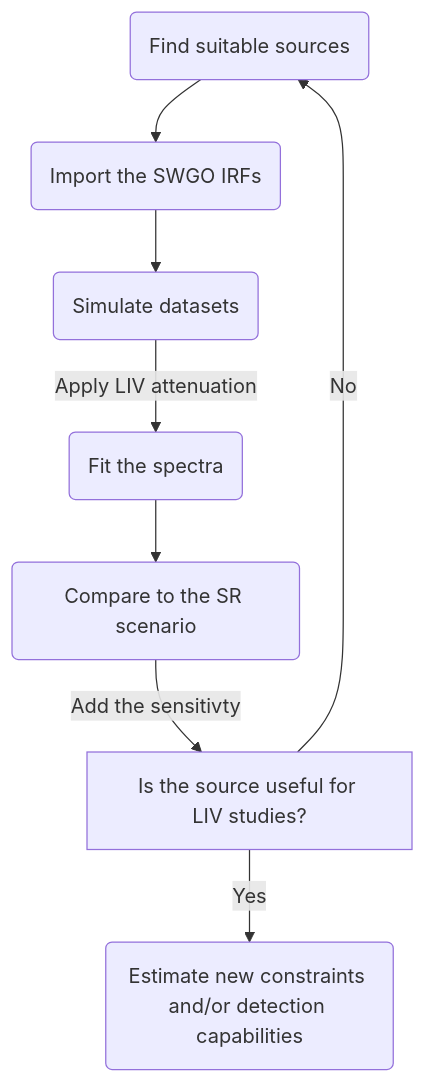
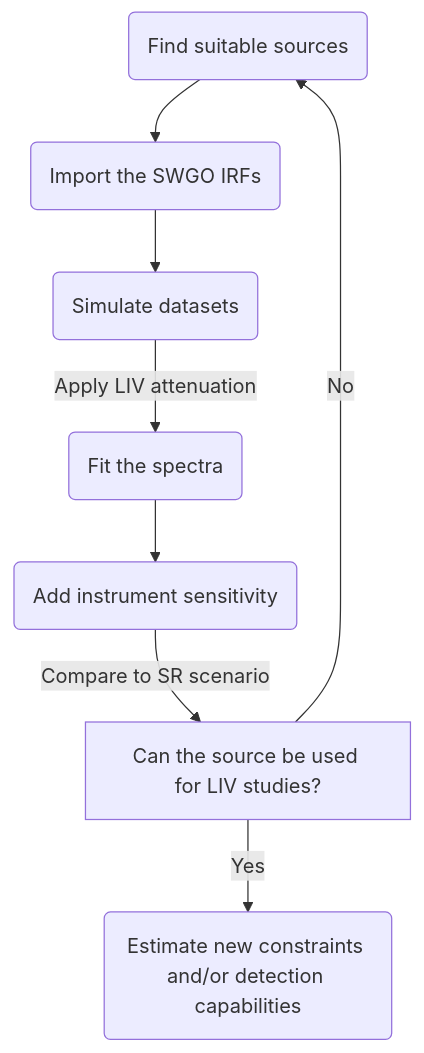
One commit to filiprescic/filiprescic.github.io changed the diagram in docs/projects.md. Above: the diagram before and after it, drawn with Mermaid. The commit also changed 3 other files, not shown here.

````diff
--- a/docs/projects.md
+++ b/docs/projects.md
@@ -42,10 +42,10 @@
 ```mermaid
 graph TD
     A(Find suitable sources) -->B(Import the SWGO IRFs)
     B --> C(Simulate datasets)
     C --> |Apply LIV attenuation|D(Fit the spectra)
-    D --> F(Compare to the SR scenario)
-    F --> |Add the sensitivty|E[Is the source useful for LIV studies?]
+    D --> F(Add instrument sensitivity)
+    F --> |Compare to SR scenario|E[Can the source be used for LIV studies?]
+    E --> |No|A
     E --> |Yes|G(Estimate new constraints and/or detection capabilities)
-    E --> |No| A
 ```
````
